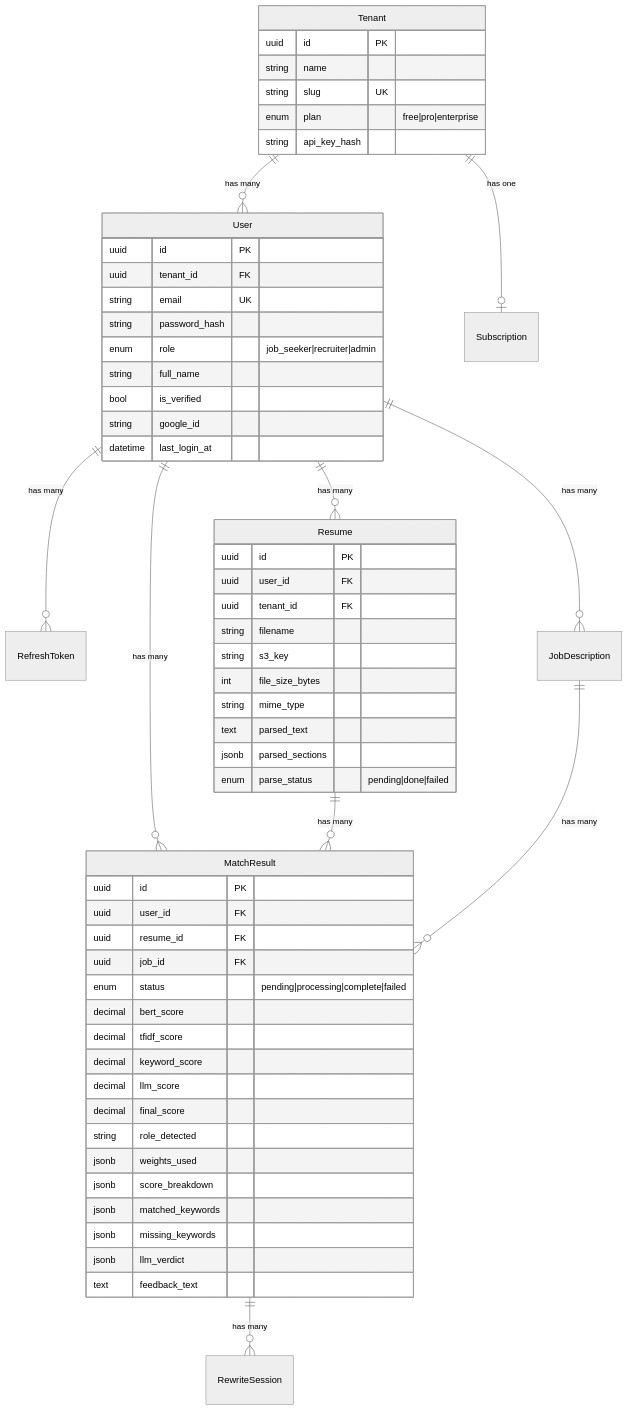
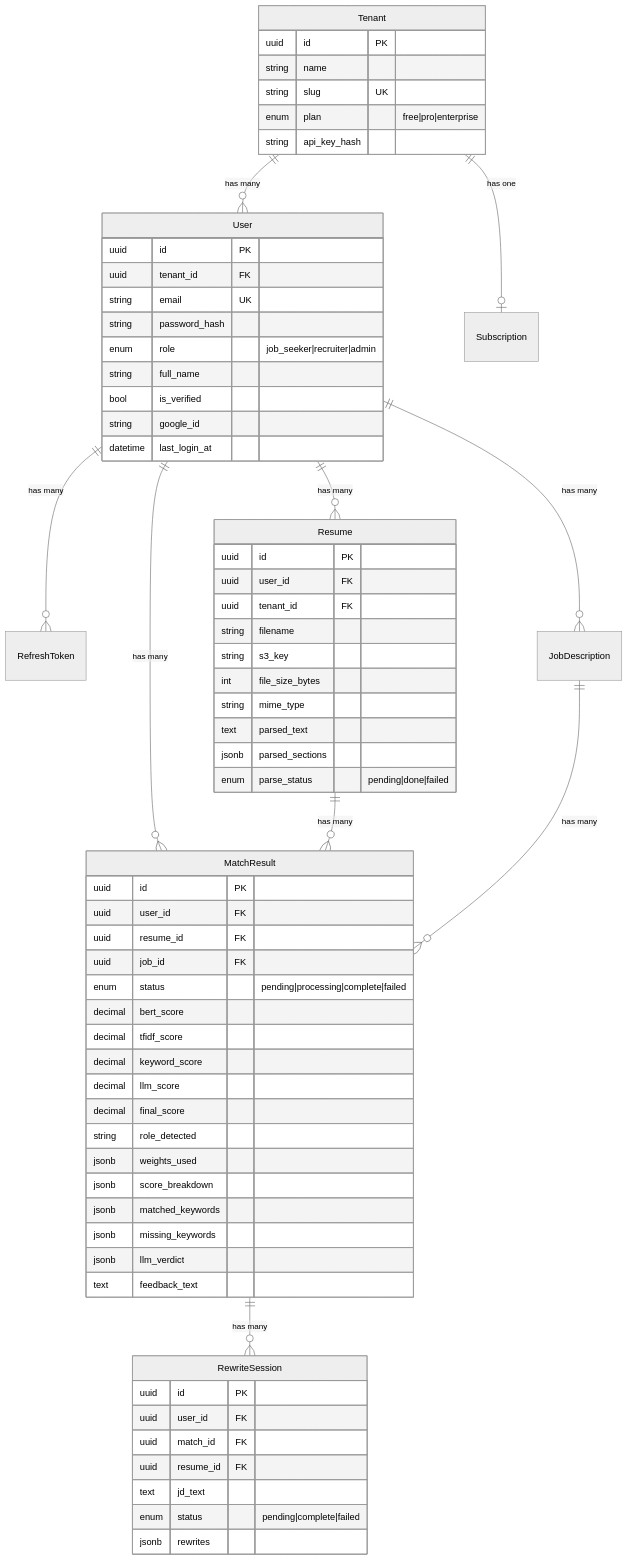
Before and after one commit to Rizwan9312/AI_Resume_Matcher-: the diagram in PROJECT_SUMMARY.md, drawn with Mermaid (neutral theme). The commit also changed other lines of this file and 12 other files, not shown here.

Commit message:
feat: complete email verification and password reset flows with UI tweaks

````diff
--- a/PROJECT_SUMMARY.md
+++ b/PROJECT_SUMMARY.md
@@ -181,65 +183,75 @@
 ```mermaid
 erDiagram
     Tenant ||--o{ User : "has many"
     Tenant ||--o| Subscription : "has one"
     User ||--o{ RefreshToken : "has many"
     User ||--o{ Resume : "has many"
     User ||--o{ JobDescription : "has many"
     User ||--o{ MatchResult : "has many"
     Resume ||--o{ MatchResult : "has many"
     JobDescription ||--o{ MatchResult : "has many"
     MatchResult ||--o{ RewriteSession : "has many"
 
     Tenant {
         uuid id PK
         string name
         string slug UK
         enum plan "free|pro|enterprise"
         string api_key_hash
     }
 
     User {
         uuid id PK
         uuid tenant_id FK
         string email UK
         string password_hash
         enum role "job_seeker|recruiter|admin"
         string full_name
         bool is_verified
         string google_id
         datetime last_login_at
     }
 
     Resume {
         uuid id PK
         uuid user_id FK
         uuid tenant_id FK
         string filename
         string s3_key
         int file_size_bytes
         string mime_type
         text parsed_text
         jsonb parsed_sections
         enum parse_status "pending|done|failed"
     }
 
     MatchResult {
         uuid id PK
         uuid user_id FK
         uuid resume_id FK
         uuid job_id FK
         enum status "pending|processing|complete|failed"
         decimal bert_score
         decimal tfidf_score
         decimal keyword_score
         decimal llm_score
         decimal final_score
         string role_detected
         jsonb weights_used
         jsonb score_breakdown
         jsonb matched_keywords
         jsonb missing_keywords
         jsonb llm_verdict
         text feedback_text
     }
+
+    RewriteSession {
+        uuid id PK
+        uuid user_id FK
+        uuid match_id FK
+        uuid resume_id FK
+        text jd_text
+        enum status "pending|complete|failed"
+        jsonb rewrites
+    }
 ```
````
